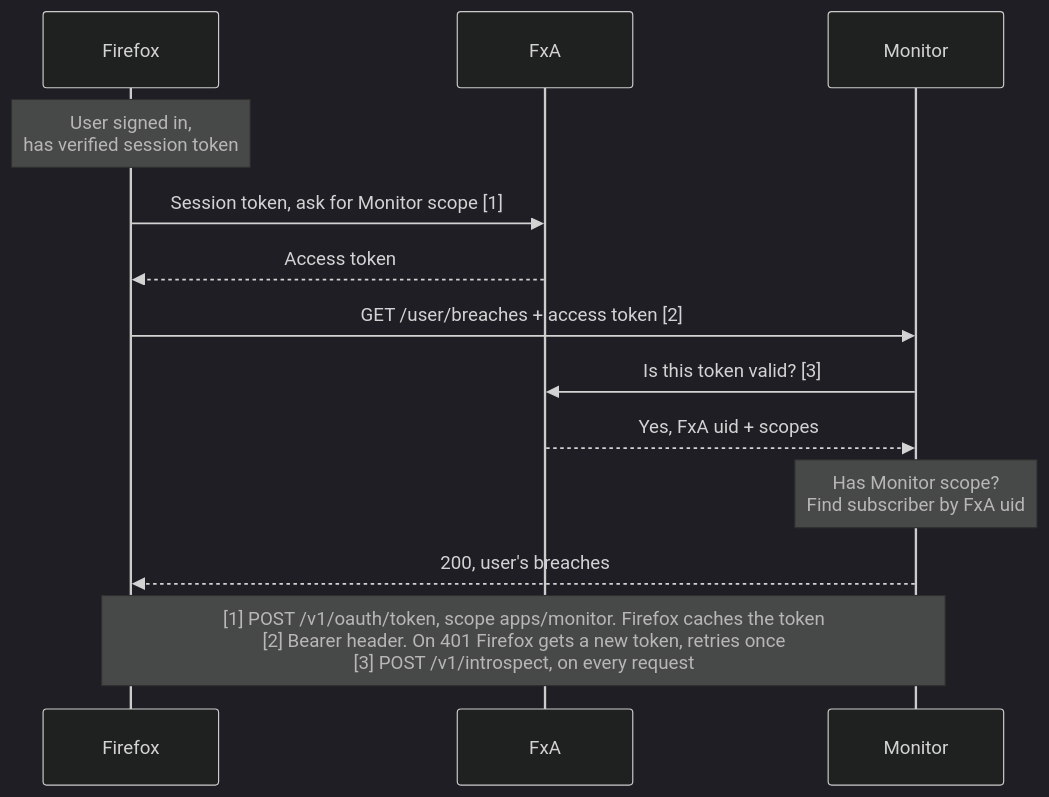
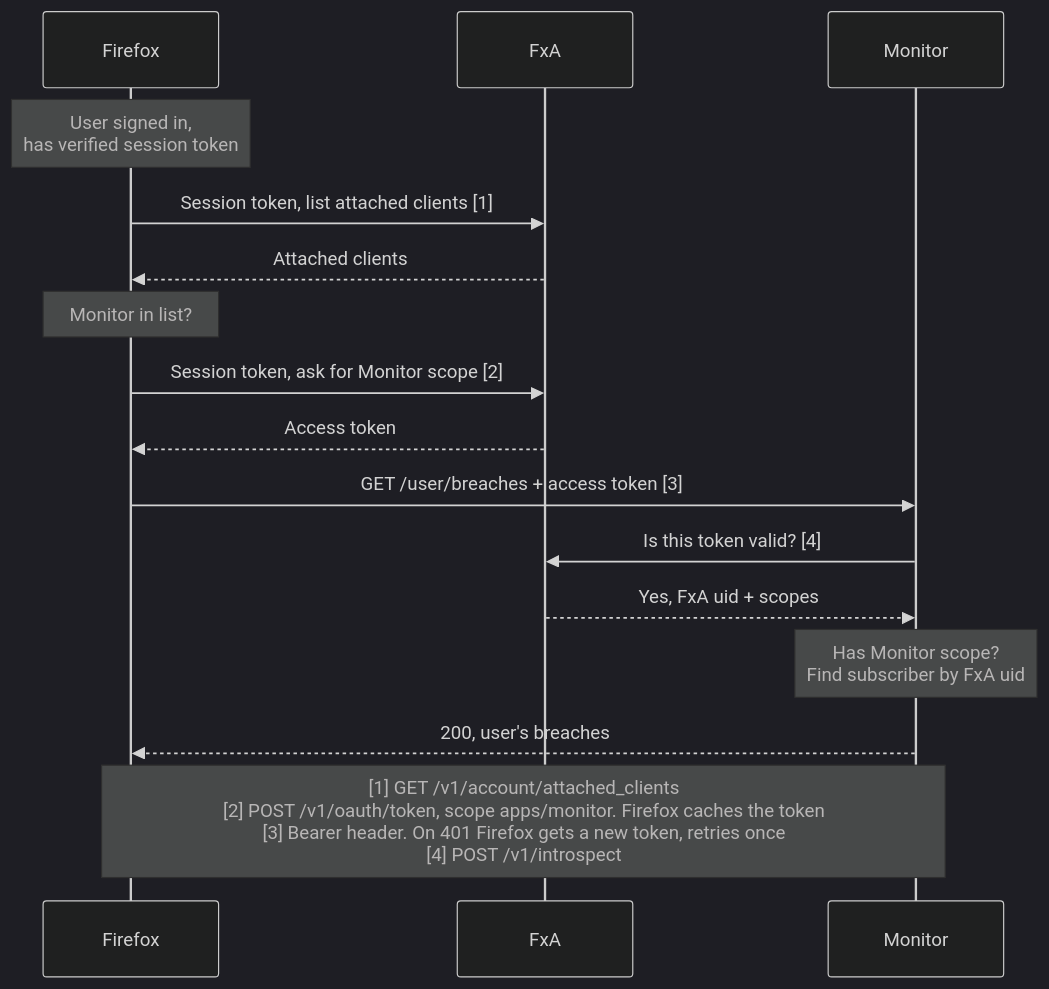
One commit to mozilla/blurts-server changed the first of 3 diagrams in docs/architecture/flows/firefox-api-auth.md. Above: the diagram before and after it, drawn with Mermaid (dark theme). The commit also changed other lines of this file, not shown here.

First line of the commit message:
docs(fx-api): align legacy auth flows with FxA feedback

````diff
--- a/docs/architecture/flows/firefox-api-auth.md
+++ b/docs/architecture/flows/firefox-api-auth.md
@@ -38,17 +33,20 @@
 ```mermaid
 sequenceDiagram
     participant FE as Firefox
     participant FxA
     participant BE as Monitor
 
     Note over FE: User signed in,<br/>has verified session token
-    FE->>FxA: Session token, ask for Monitor scope [1]
+    FE->>FxA: Session token, list attached clients [1]
+    FxA-->>FE: Attached clients
+    Note over FE: Monitor in list?
+    FE->>FxA: Session token, ask for Monitor scope [2]
     FxA-->>FE: Access token
-    FE->>BE: GET /user/breaches + access token [2]
-    BE->>FxA: Is this token valid? [3]
+    FE->>BE: GET /user/breaches + access token [3]
+    BE->>FxA: Is this token valid? [4]
     FxA-->>BE: Yes, FxA uid + scopes
     Note over BE: Has Monitor scope?<br/>Find subscriber by FxA uid
     BE-->>FE: 200, user's breaches
 
-    Note over FE,BE: [1] POST /v1/oauth/token, scope apps/monitor. Firefox caches the token<br/>[2] Bearer header. On 401 Firefox gets a new token, retries once<br/>[3] POST /v1/introspect, on every request
+    Note over FE,BE: [1] GET /v1/account/attached_clients<br/>[2] POST /v1/oauth/token, scope apps/monitor. Firefox caches the token<br/>[3] Bearer header. On 401 Firefox gets a new token, retries once<br/>[4] POST /v1/introspect
 ```
````
